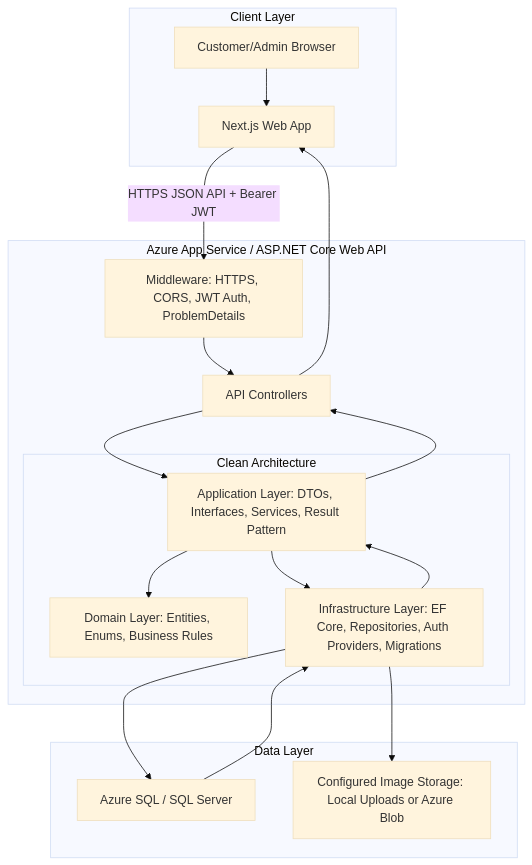
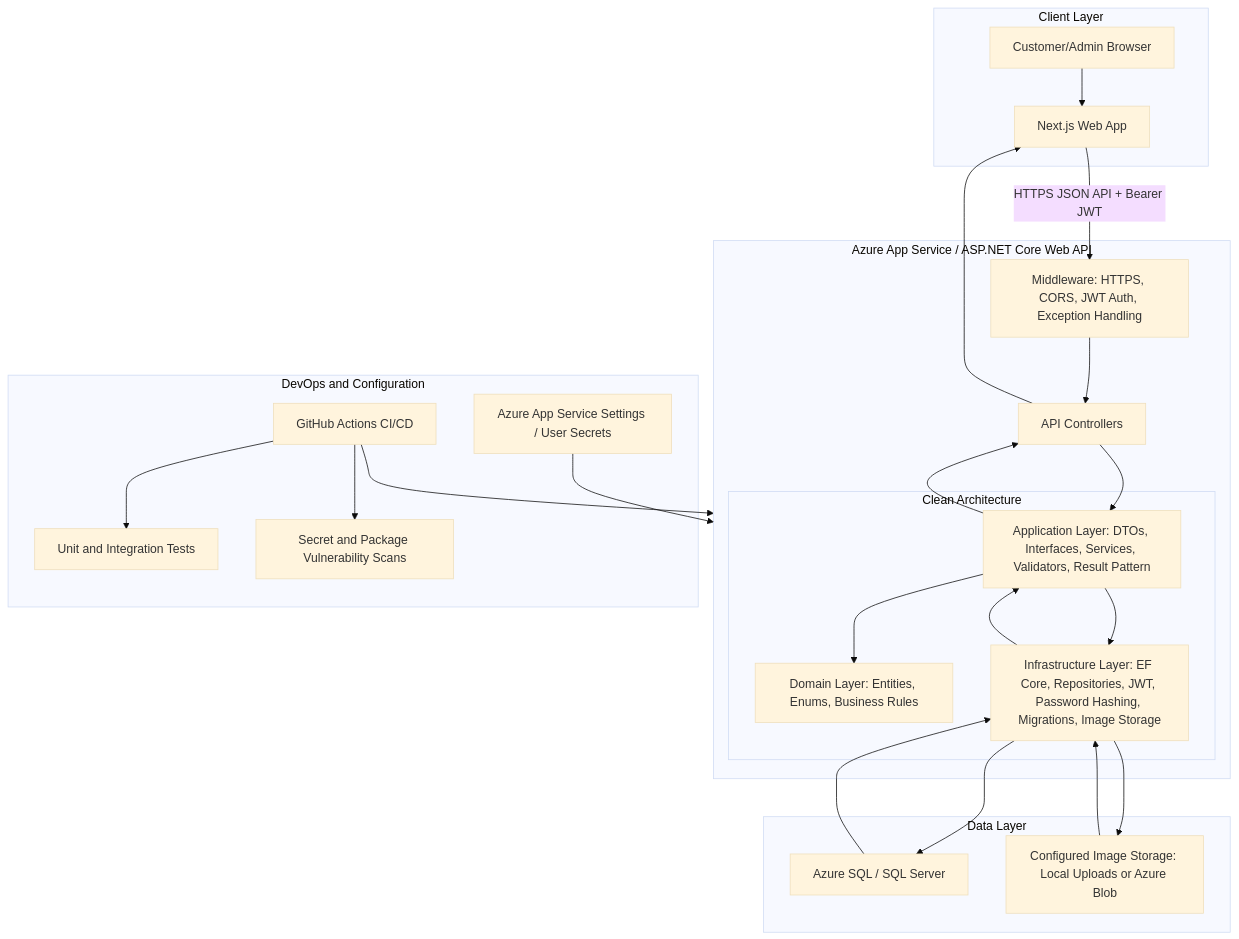
The fifth of 10 diagrams in docs/FUNCTIONAL-DESIGN-DIAGRAMS.md (SEPP-2026/ReviewPortal-API), drawn with Mermaid (base theme) before and after one commit. The commit also changed other lines of this file and 5 other files, not shown here.

Commit message:
Update Diagrams

````diff
--- a/docs/FUNCTIONAL-DESIGN-DIAGRAMS.md
+++ b/docs/FUNCTIONAL-DESIGN-DIAGRAMS.md
@@ -287,37 +384,49 @@
 ```mermaid
 flowchart TB
     subgraph ClientLayer["Client Layer"]
         Browser["Customer/Admin Browser"]
         NextJs["Next.js Web App"]
     end
 
     subgraph ApiHost["Azure App Service / ASP.NET Core Web API"]
+        Middleware["Middleware: HTTPS, CORS, JWT Auth, Exception Handling"]
         Controllers["API Controllers"]
-        Middleware["Middleware: HTTPS, CORS, JWT Auth, ProblemDetails"]
 
         subgraph CleanArchitecture["Clean Architecture"]
-            Application["Application Layer: DTOs, Interfaces, Services, Result Pattern"]
+            Application["Application Layer: DTOs, Interfaces, Services, Validators, Result Pattern"]
             Domain["Domain Layer: Entities, Enums, Business Rules"]
-            Infrastructure["Infrastructure Layer: EF Core, Repositories, Auth Providers, Migrations"]
+            Infrastructure["Infrastructure Layer: EF Core, Repositories, JWT, Password Hashing, Migrations, Image Storage"]
         end
     end
 
     subgraph DataLayer["Data Layer"]
         SqlServer["Azure SQL / SQL Server"]
-        FileStorage["Configured Image Storage: Local Uploads or Azure Blob"]
+        ImageStorage["Configured Image Storage: Local Uploads or Azure Blob"]
+    end
+
+    subgraph DevOpsLayer["DevOps and Configuration"]
+        GitHubActions["GitHub Actions CI/CD"]
+        AppSettings["Azure App Service Settings / User Secrets"]
+        Tests["Unit and Integration Tests"]
+        SecurityScan["Secret and Package Vulnerability Scans"]
     end
 
     Browser --> NextJs
     NextJs -->|"HTTPS JSON API + Bearer JWT"| Middleware
     Middleware --> Controllers
     Controllers --> Application
     Application --> Domain
     Application --> Infrastructure
     Infrastructure --> SqlServer
-    Infrastructure --> FileStorage
-
+    Infrastructure --> ImageStorage
     SqlServer --> Infrastructure
+    ImageStorage --> Infrastructure
     Infrastructure --> Application
     Application --> Controllers
     Controllers --> NextJs
+
+    AppSettings --> ApiHost
+    GitHubActions --> Tests
+    GitHubActions --> SecurityScan
+    GitHubActions --> ApiHost
 ```
````
